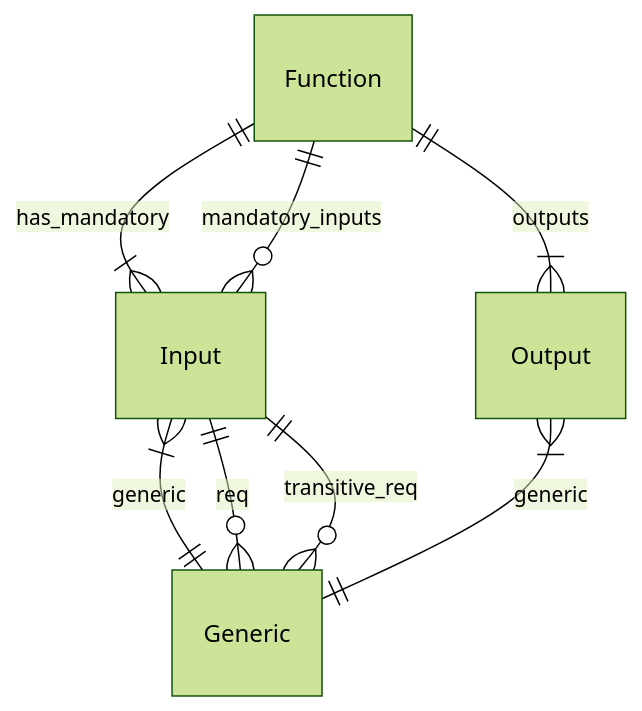
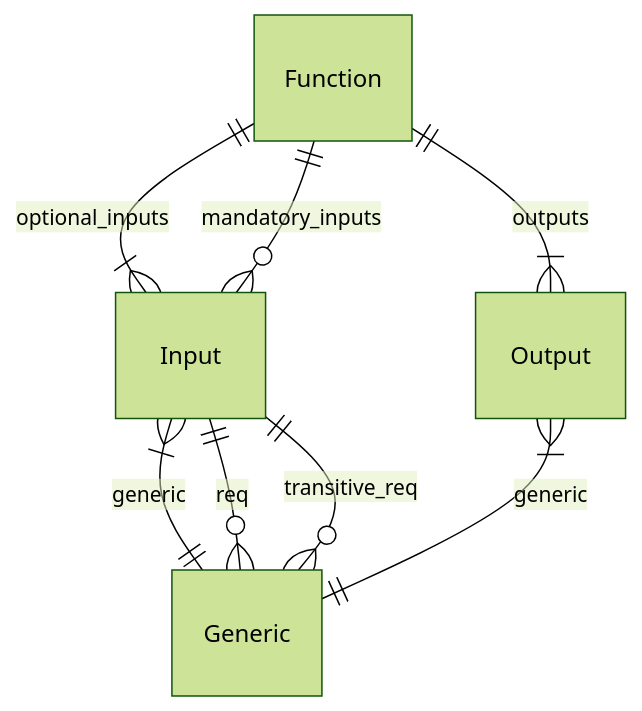
The second of 2 diagrams in README.md (pyiron/pyiron_ontology), drawn with Mermaid (forest theme) before and after one commit.

````diff
--- a/README.md
+++ b/README.md
@@ -51,10 +51,10 @@
 ```mermaid
 erDiagram
-    Function ||--|{ Input : has_mandatory
+    Function ||--|{ Input : optional_inputs
     Function ||--o{ Input : mandatory_inputs
     Function ||--|{ Output : outputs
     Input |{--|| Generic : generic
     Output |{--|| Generic : generic
     Input ||--o{ Generic: req
     Input ||--o{ Generic: transitive_req
 ```
````
